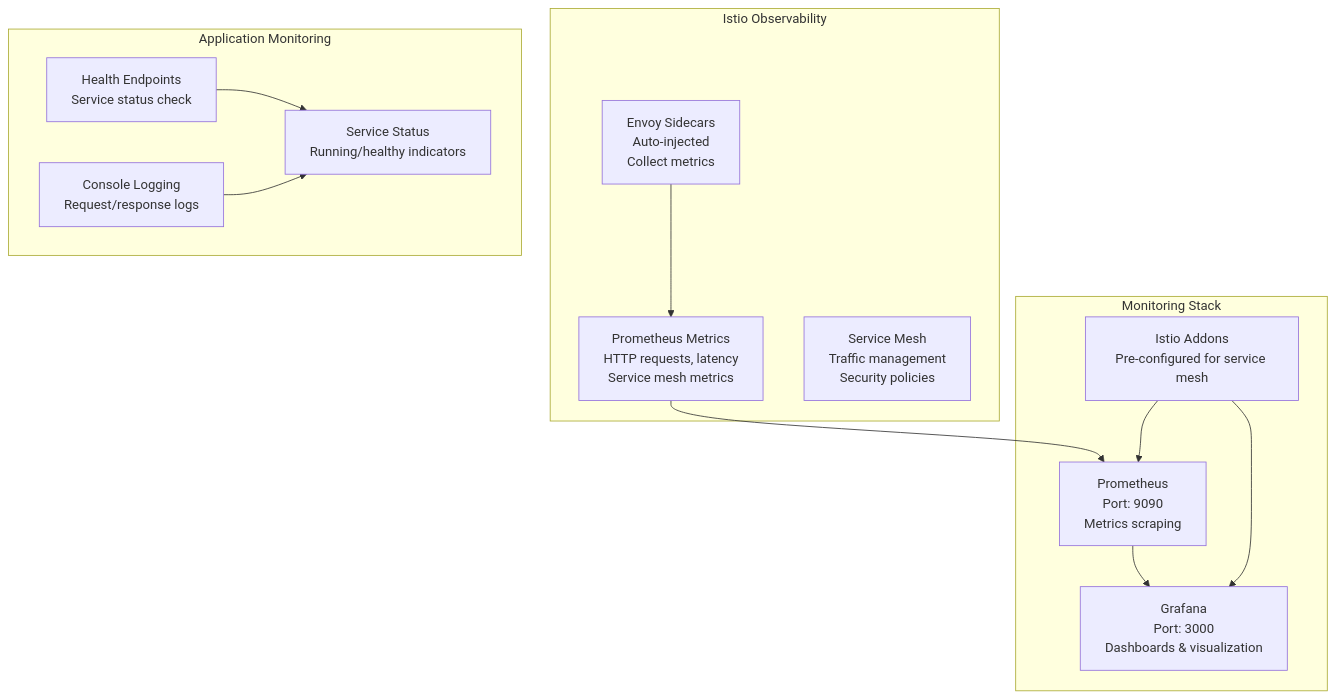
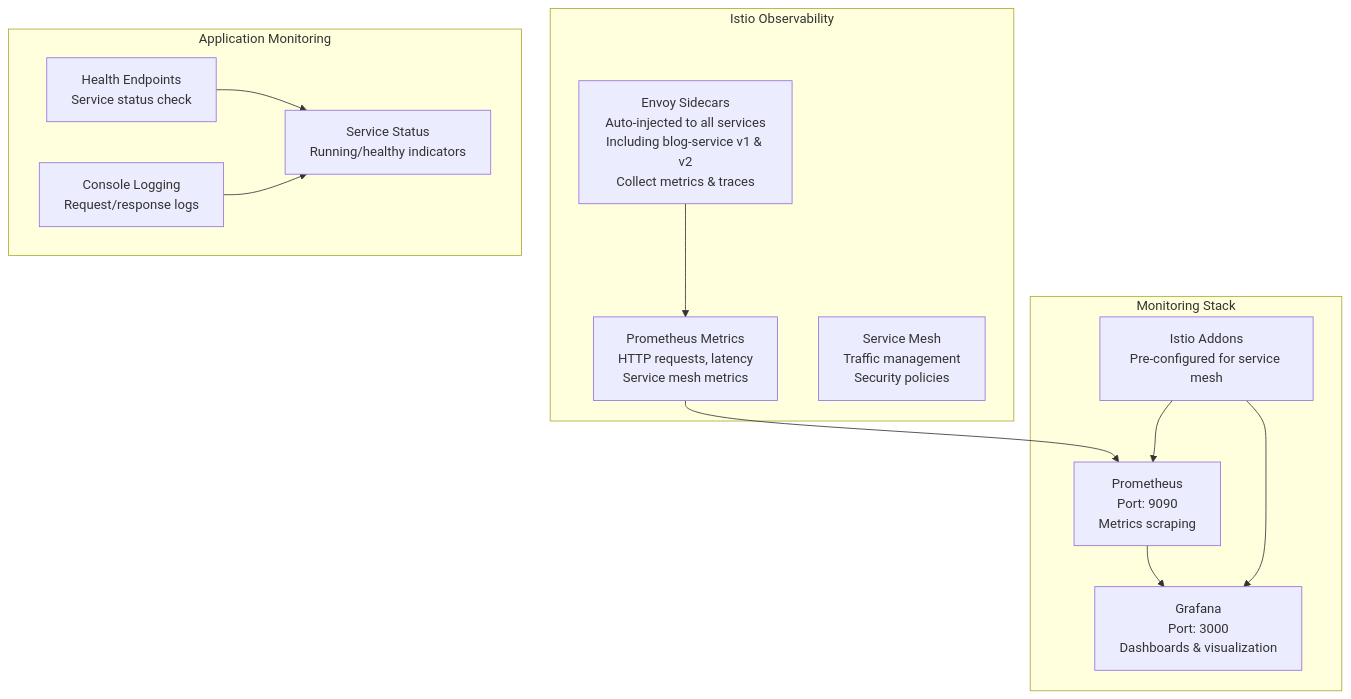
One commit to vvt911/blog-microservices changed diagram 14 of 14 in docs/architecture-diagrams.md. Above: the diagram before and after it, drawn with Mermaid. The commit also changed other lines of this file, not shown here.

````diff
--- a/docs/architecture-diagrams.md
+++ b/docs/architecture-diagrams.md
@@ -328,36 +603,36 @@
 ```mermaid
 graph TB
     subgraph "Istio Observability"
-        EnvoySidecars[Envoy Sidecars<br/>Auto-injected<br/>Collect metrics]
+        EnvoySidecars[Envoy Sidecars<br/>Auto-injected to all services<br/>Including blog-service v1 & v2<br/>Collect metrics & traces]
         
         PrometheusEndpoints[Prometheus Metrics<br/>HTTP requests, latency<br/>Service mesh metrics]
         
         ServiceMesh[Service Mesh<br/>Traffic management<br/>Security policies]
     end
     
     subgraph "Monitoring Stack"
         Prometheus[Prometheus<br/>Port: 9090<br/>Metrics scraping]
         
         Grafana[Grafana<br/>Port: 3000<br/>Dashboards & visualization]
         
         IstioAddons[Istio Addons<br/>Pre-configured for service mesh]
     end
     
     subgraph "Application Monitoring"
         HealthEndpoints[Health Endpoints<br/>Service status check]
         
         ConsoleLogging[Console Logging<br/>Request/response logs]
         
         ServiceStatus[Service Status<br/>Running/healthy indicators]
     end
     
     EnvoySidecars --> PrometheusEndpoints
     PrometheusEndpoints --> Prometheus
     Prometheus --> Grafana
     
     IstioAddons --> Prometheus
     IstioAddons --> Grafana
     
     HealthEndpoints --> ServiceStatus
     ConsoleLogging --> ServiceStatus
 ```
````
